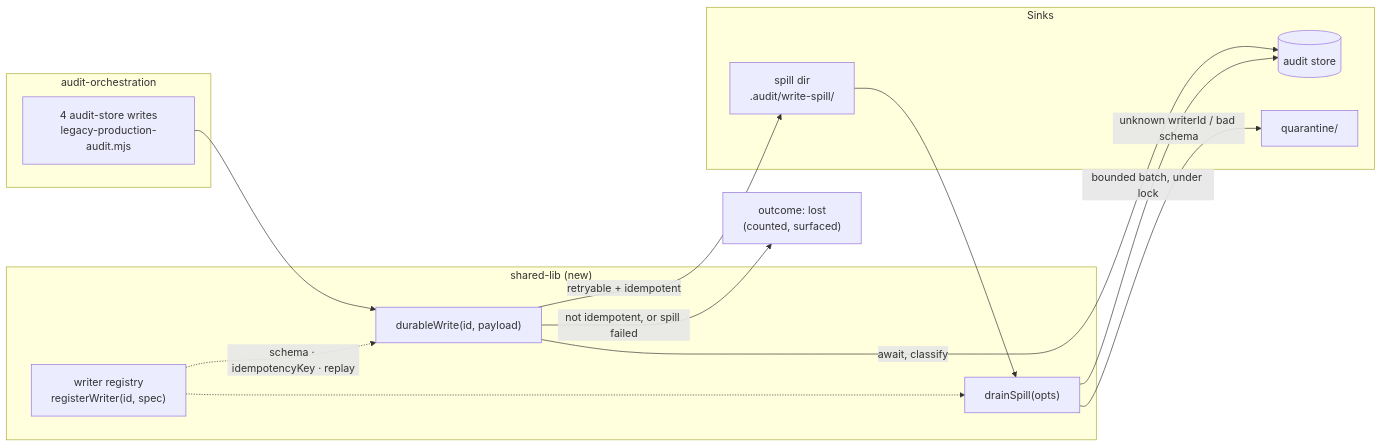
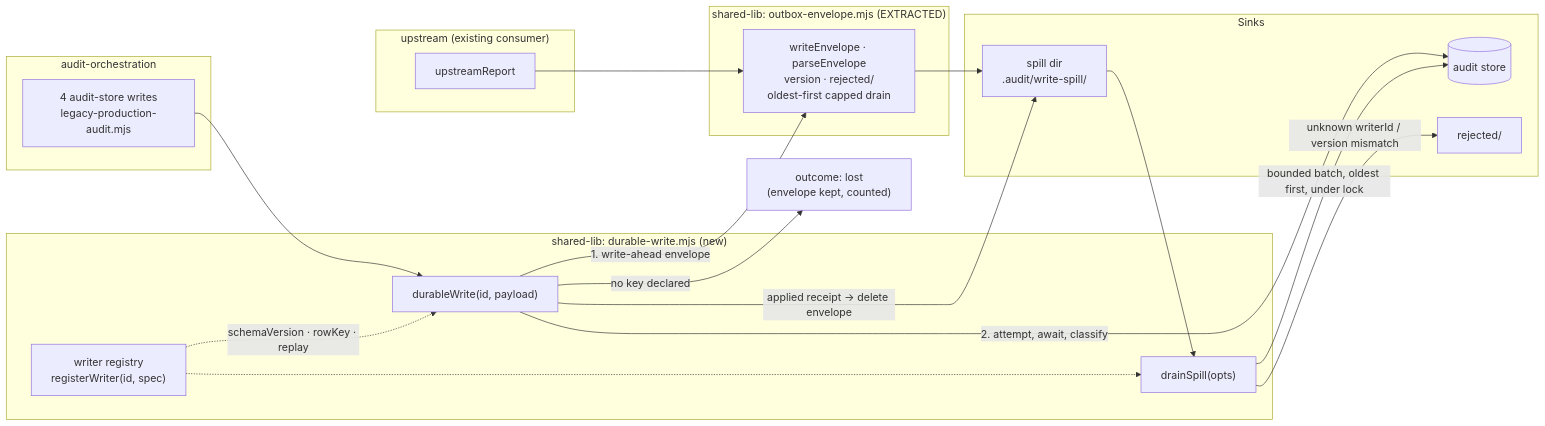
The diagram in docs/plans/audit-store-write-durability.md (Lbstrydom/claude-engineering-skills), drawn with Mermaid before and after one commit. The commit also changed other lines of this file, not shown here.

First line of the commit message:
docs(plans): the durability plan was greenfield-wrong — an outbox already shipped

````diff
--- a/docs/plans/audit-store-write-durability.md
+++ b/docs/plans/audit-store-write-durability.md
@@ -117,25 +153,34 @@
 ```mermaid
 graph LR
   subgraph Orch["audit-orchestration"]
     CALLS["4 audit-store writes<br/>legacy-production-audit.mjs"]
   end
-  subgraph Seam["shared-lib (new)"]
+  subgraph Up["upstream (existing consumer)"]
+    UR["upstreamReport"]
+  end
+  subgraph Core["shared-lib: outbox-envelope.mjs (EXTRACTED)"]
+    ENV["writeEnvelope · parseEnvelope<br/>version · rejected/<br/>oldest-first capped drain"]
+  end
+  subgraph Seam["shared-lib: durable-write.mjs (new)"]
     REG["writer registry<br/>registerWriter(id, spec)"]
     DW["durableWrite(id, payload)"]
     DR["drainSpill(opts)"]
   end
   subgraph Sinks
     DB[("audit store")]
     SPILL["spill dir<br/>.audit/write-spill/"]
-    QUAR["quarantine/"]
+    QUAR["rejected/"]
   end
   CALLS --> DW
-  REG -.->|"schema · idempotencyKey · replay"| DW
+  UR --> ENV
+  REG -.->|"schemaVersion · rowKey · replay"| DW
   REG -.-> DR
-  DW -->|"await, classify"| DB
-  DW -->|"retryable + idempotent"| SPILL
-  DW -->|"not idempotent, or spill failed"| LOST["outcome: lost<br/>(counted, surfaced)"]
+  DW -->|"1. write-ahead envelope"| ENV
+  ENV --> SPILL
+  DW -->|"2. attempt, await, classify"| DB
+  DW -->|"applied receipt -> delete envelope"| SPILL
+  DW -->|"no key declared"| LOST["outcome: lost<br/>(envelope kept, counted)"]
   SPILL --> DR
-  DR -->|"bounded batch, under lock"| DB
-  DR -->|"unknown writerId / bad schema"| QUAR
+  DR -->|"bounded batch, oldest first, under lock"| DB
+  DR -->|"unknown writerId / version mismatch"| QUAR
 ```
````
